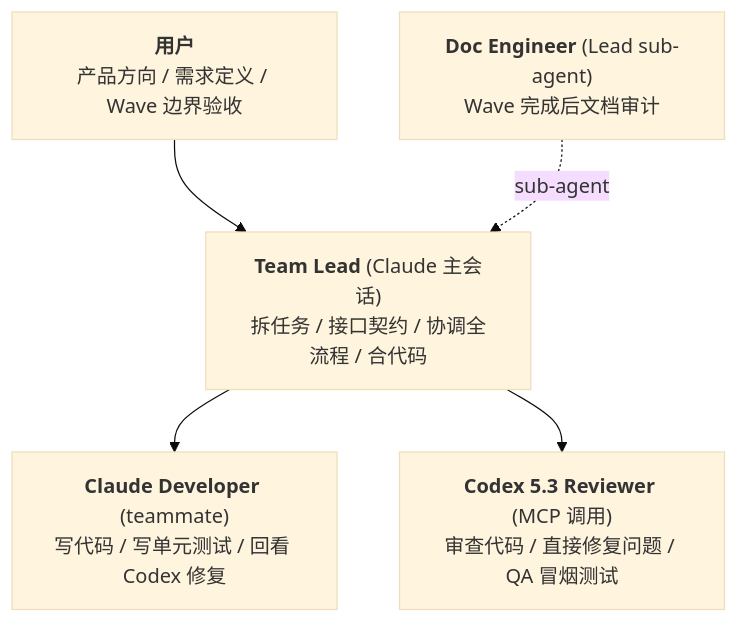
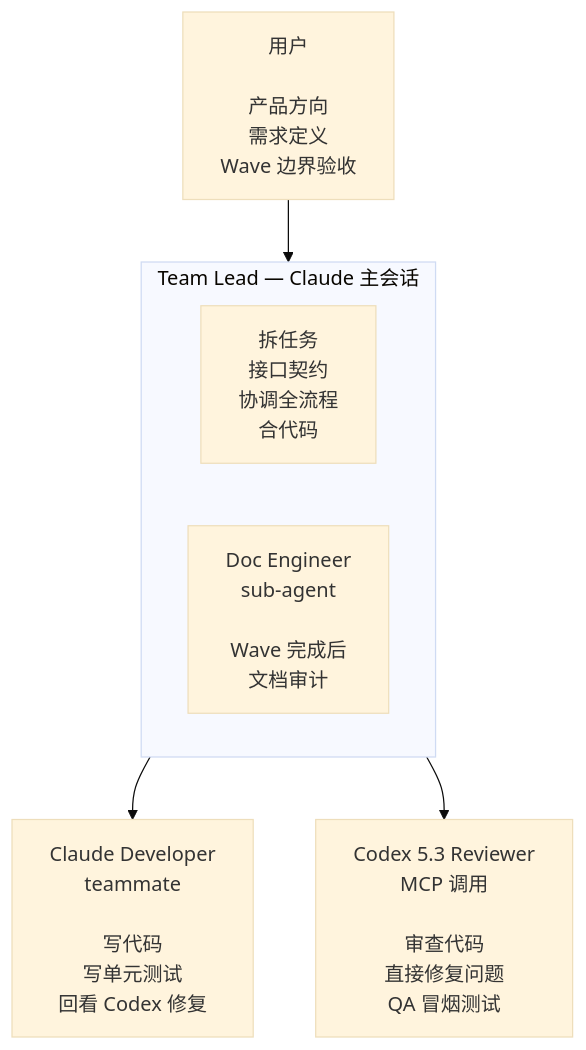
The diagram in README.md (BinaryHB0916/iSparto), drawn with Mermaid (base theme) before and after one commit. The commit also changed 1 other file, not shown here.

Commit message:
Fix mermaid diagram: Doc Engineer inside Lead, line-by-line layout
- Doc Engineer now inside Lead subgraph (was incorrectly at top level)
- Each function on its own line (no more slash separators)
- Removed HTML bold tags, cleaner labels
- subgraph shows Lead contains Doc Engineer as sub-agent

````diff
--- a/README.md
+++ b/README.md
@@ -24,13 +24,18 @@
 ```mermaid
-flowchart TD
-    User["<b>用户</b><br/>产品方向 / 需求定义 / Wave 边界验收"]
-    Lead["<b>Team Lead</b> (Claude 主会话)<br/>拆任务 / 接口契约 / 协调全流程 / 合代码"]
-    Doc["<b>Doc Engineer</b> (Lead sub-agent)<br/>Wave 完成后文档审计"]
-    Dev["<b>Claude Developer</b> (teammate)<br/>写代码 / 写单元测试 / 回看 Codex 修复"]
-    Codex["<b>Codex 5.3 Reviewer</b> (MCP 调用)<br/>审查代码 / 直接修复问题 / QA 冒烟测试"]
+flowchart TB
+    User["用户<br/><br/>产品方向<br/>需求定义<br/>Wave 边界验收"]
+
+    subgraph Lead["Team Lead — Claude 主会话"]
+        direction LR
+        LeadTasks["拆任务<br/>接口契约<br/>协调全流程<br/>合代码"]
+        Doc["Doc Engineer<br/>sub-agent<br/><br/>Wave 完成后<br/>文档审计"]
+    end
+
+    Dev["Claude Developer<br/>teammate<br/><br/>写代码<br/>写单元测试<br/>回看 Codex 修复"]
+
+    Codex["Codex 5.3 Reviewer<br/>MCP 调用<br/><br/>审查代码<br/>直接修复问题<br/>QA 冒烟测试"]
 
     User --> Lead
     Lead --> Dev
     Lead --> Codex
-    Doc -.->|sub-agent| Lead
 ```
````
